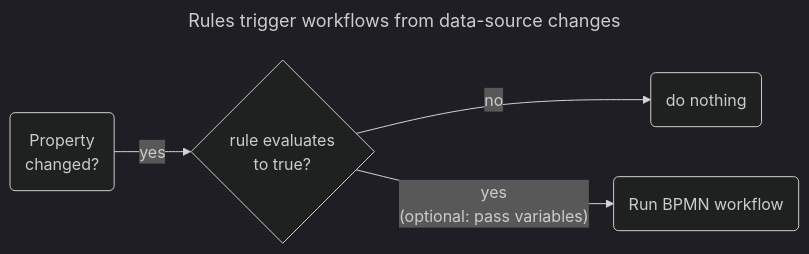
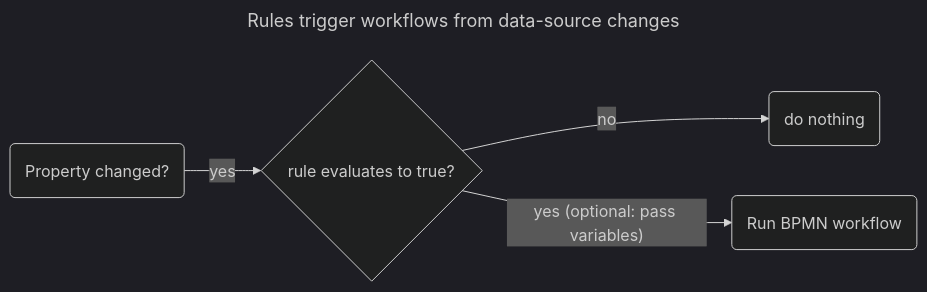
The diagram in content/how-to/publish-subscribe/create-equipment-class-rule.md (libremfg/rhize-docs), drawn with Mermaid (dark theme) before and after one commit.

Commit message:
[Fix] remove busted linebreaks in diagram

````diff
--- a/content/how-to/publish-subscribe/create-equipment-class-rule.md
+++ b/content/how-to/publish-subscribe/create-equipment-class-rule.md
@@ -25,9 +25,9 @@
 ```mermaid
 ---
 title: Rules trigger workflows from data-source changes
 ---
 flowchart LR
-    A(Property\nchanged?) -->|yes| B{"rule evaluates\nto true?"}
+    A(Property changed?) -->|yes| B{"rule evaluates to true?"}
     B -->|no| C(do nothing)
-    B -->|"yes\n(optional: pass variables)"| D(Run BPMN workflow)
+    B -->|"yes (optional: pass variables)"| D(Run BPMN workflow)
 ```
````
